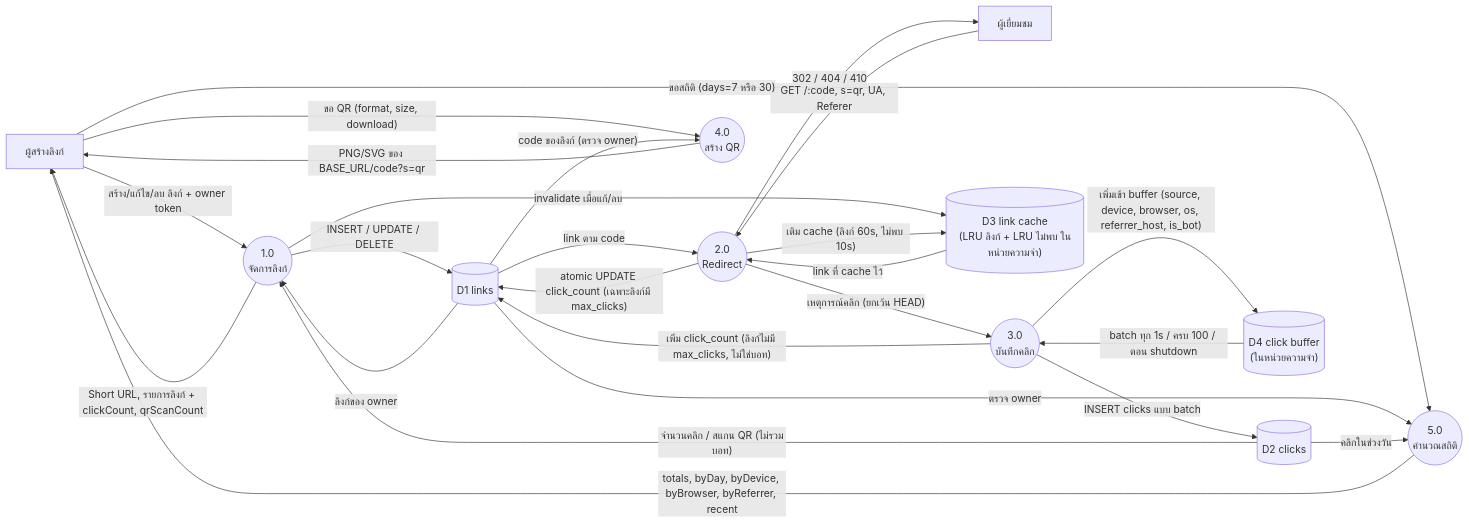
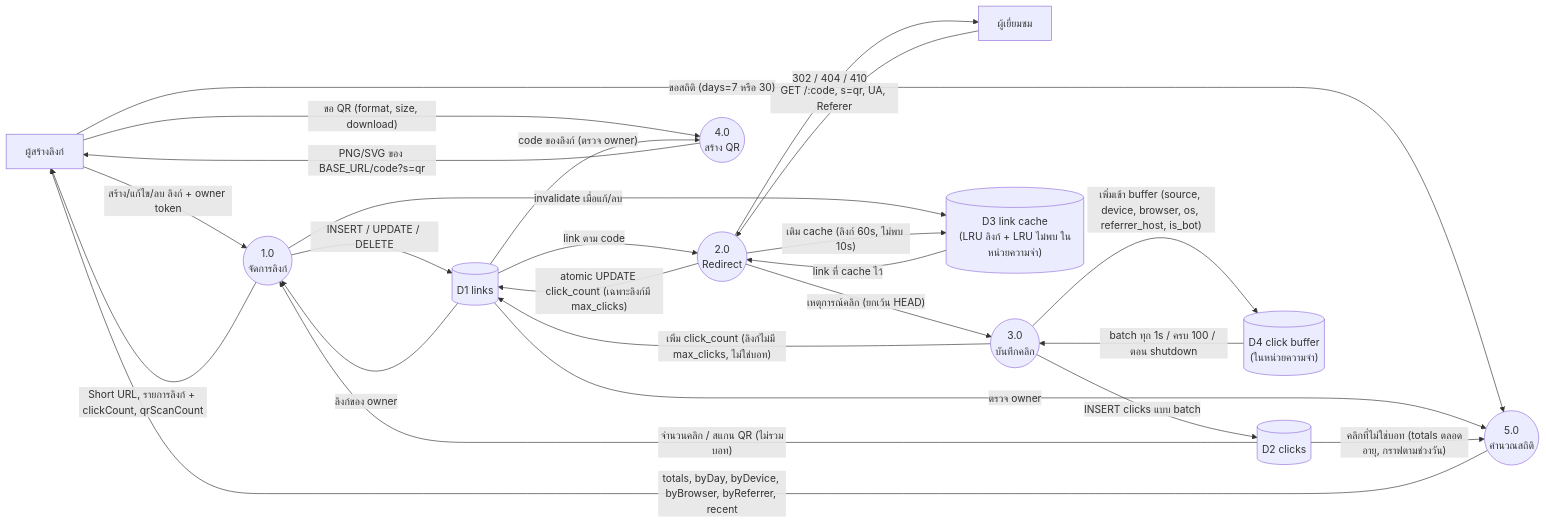
Before and after one commit to thirawat-khunsi/pulse-link: the second of 2 diagrams in docs/DFD.md, drawn with Mermaid. The commit also changed other lines of this file and 4 other files, not shown here.

````diff
--- a/docs/DFD.md
+++ b/docs/DFD.md
@@ -31,50 +31,50 @@
 ```mermaid
 flowchart LR
     Creator["ผู้สร้างลิงก์"]
     Visitor["ผู้เยี่ยมชม"]
 
     P1(("1.0<br/>จัดการลิงก์"))
     P2(("2.0<br/>Redirect"))
     P3(("3.0<br/>บันทึกคลิก"))
     P4(("4.0<br/>สร้าง QR"))
     P5(("5.0<br/>คำนวณสถิติ"))
 
     D1[("D1 links")]
     D2[("D2 clicks")]
     D3[("D3 link cache<br/>(LRU ลิงก์ + LRU ไม่พบ ในหน่วยความจำ)")]
     D4[("D4 click buffer<br/>(ในหน่วยความจำ)")]
 
     %% 1.0 Manage links
     Creator -- "สร้าง/แก้ไข/ลบ ลิงก์ + owner token" --> P1
     P1 -- "Short URL, รายการลิงก์ + clickCount, qrScanCount" --> Creator
     P1 -- "INSERT / UPDATE / DELETE" --> D1
     D1 -- "ลิงก์ของ owner" --> P1
     D2 -- "จำนวนคลิก / สแกน QR (ไม่รวมบอท)" --> P1
     P1 -- "invalidate เมื่อแก้/ลบ" --> D3
 
     %% 2.0 Redirect
     Visitor -- "GET /:code, s=qr, UA, Referer" --> P2
     D3 -- "link ที่ cache ไว้" --> P2
     P2 -- "เติม cache (ลิงก์ 60s, ไม่พบ 10s)" --> D3
     D1 -- "link ตาม code" --> P2
     P2 -- "atomic UPDATE click_count (เฉพาะลิงก์มี max_clicks)" --> D1
     P2 -- "302 / 404 / 410" --> Visitor
     P2 -- "เหตุการณ์คลิก (ยกเว้น HEAD)" --> P3
 
     %% 3.0 Record clicks
     P3 -- "เพิ่มเข้า buffer (source, device, browser, os, referrer_host, is_bot)" --> D4
     D4 -- "batch ทุก 1s / ครบ 100 / ตอน shutdown" --> P3
     P3 -- "INSERT clicks แบบ batch" --> D2
     P3 -- "เพิ่ม click_count (ลิงก์ไม่มี max_clicks, ไม่ใช่บอท)" --> D1
 
     %% 4.0 QR
     Creator -- "ขอ QR (format, size, download)" --> P4
     D1 -- "code ของลิงก์ (ตรวจ owner)" --> P4
     P4 -- "PNG/SVG ของ BASE_URL/code?s=qr" --> Creator
 
     %% 5.0 Stats
     Creator -- "ขอสถิติ (days=7 หรือ 30)" --> P5
     D1 -- "ตรวจ owner" --> P5
-    D2 -- "คลิกในช่วงวัน" --> P5
+    D2 -- "คลิกที่ไม่ใช่บอท (totals ตลอดอายุ, กราฟตามช่วงวัน)" --> P5
     P5 -- "totals, byDay, byDevice, byBrowser, byReferrer, recent" --> Creator
 ```
````
